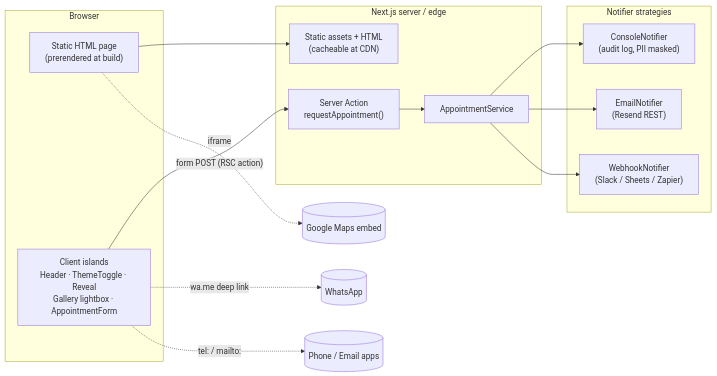
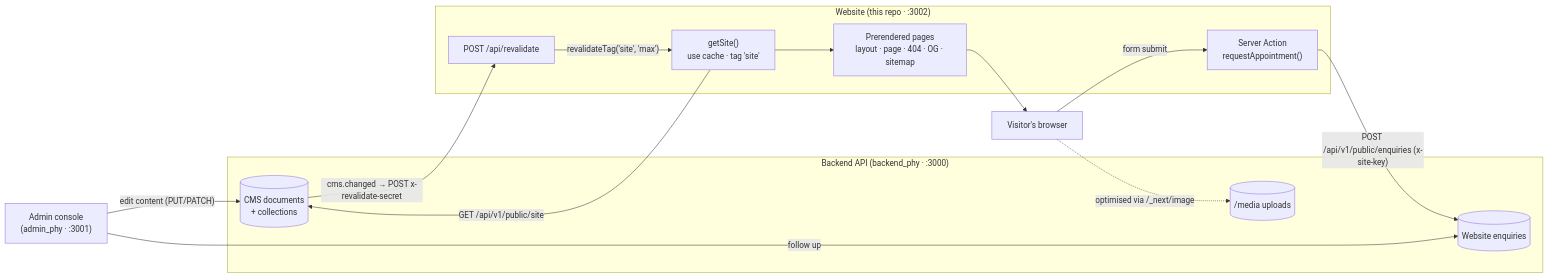
The first of 5 diagrams in docs/ARCHITECTURE.md (groupsahara/physiotherapy), drawn with Mermaid before and after one commit. The commit also changed other lines of this file and 84 other files, not shown here.

````diff
--- a/docs/ARCHITECTURE.md
+++ b/docs/ARCHITECTURE.md
@@ -32,27 +34,27 @@
 ```mermaid
 flowchart LR
-  subgraph Client["Browser"]
-    Page["Static HTML page<br/>(prerendered at build)"]
-    Islands["Client islands<br/>Header · ThemeToggle · Reveal<br/>Gallery lightbox · AppointmentForm"]
+  Admin["Admin console<br/>(admin_phy · :3001)"]
+  subgraph API["Backend API (backend_phy · :3000)"]
+    CMS[("CMS documents<br/>+ collections")]
+    Enq[("Website enquiries")]
+    Media[("/media uploads")]
   end
+  subgraph Web["Website (this repo · :3002)"]
+    Cache["getSite()<br/>use cache · tag 'site'"]
+    Pages["Prerendered pages<br/>layout · page · 404 · OG · sitemap"]
+    Reval["POST /api/revalidate"]
+    Action["Server Action<br/>requestAppointment()"]
+  end
+  Browser["Visitor's browser"]
 
-  subgraph Server["Next.js server / edge"]
-    CDN["Static assets + HTML<br/>(cacheable at CDN)"]
-    Action["Server Action<br/>requestAppointment()"]
-    Service["AppointmentService"]
-  end
-
-  subgraph Channels["Notifier strategies"]
-    Console["ConsoleNotifier<br/>(audit log, PII masked)"]
-    Email["EmailNotifier<br/>(Resend REST)"]
-    Hook["WebhookNotifier<br/>(Slack / Sheets / Zapier)"]
-  end
-
-  Page --> CDN
-  Islands -- "form POST (RSC action)" --> Action
-  Action --> Service
-  Service --> Console & Email & Hook
-  Islands -. "wa.me deep link" .-> WhatsApp[(WhatsApp)]
-  Islands -. "tel: / mailto:" .-> Phone[(Phone / Email apps)]
-  Page -. "iframe" .-> Maps[(Google Maps embed)]
+  Admin -- "edit content (PUT/PATCH)" --> CMS
+  CMS -- "cms.changed → POST x-revalidate-secret" --> Reval
+  Reval -- "revalidateTag('site', 'max')" --> Cache
+  Cache -- "GET /api/v1/public/site" --> CMS
+  Cache --> Pages
+  Pages --> Browser
+  Browser -- "form submit" --> Action
+  Action -- "POST /api/v1/public/enquiries (x-site-key)" --> Enq
+  Admin -- "follow up" --> Enq
+  Browser -. "optimised via /_next/image" .-> Media
 ```
````
